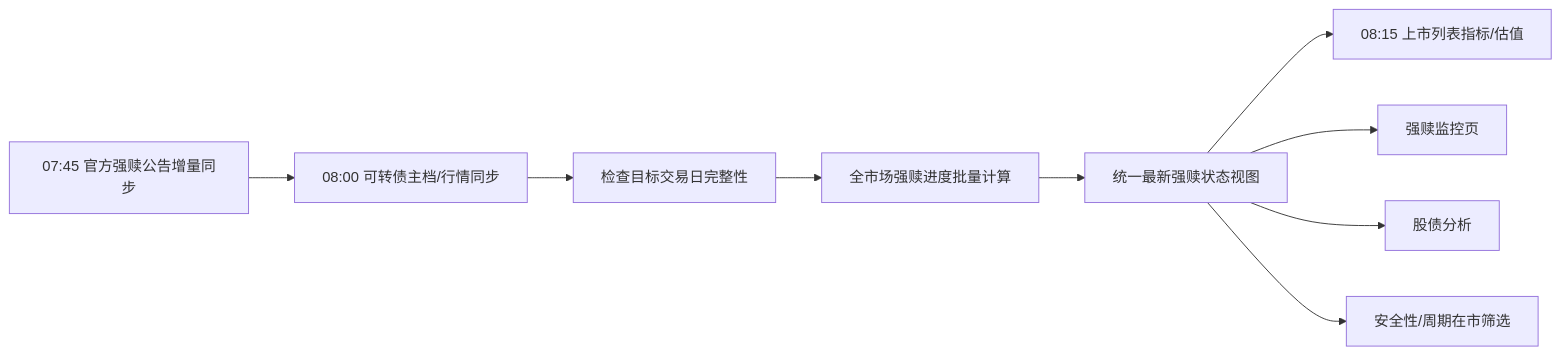
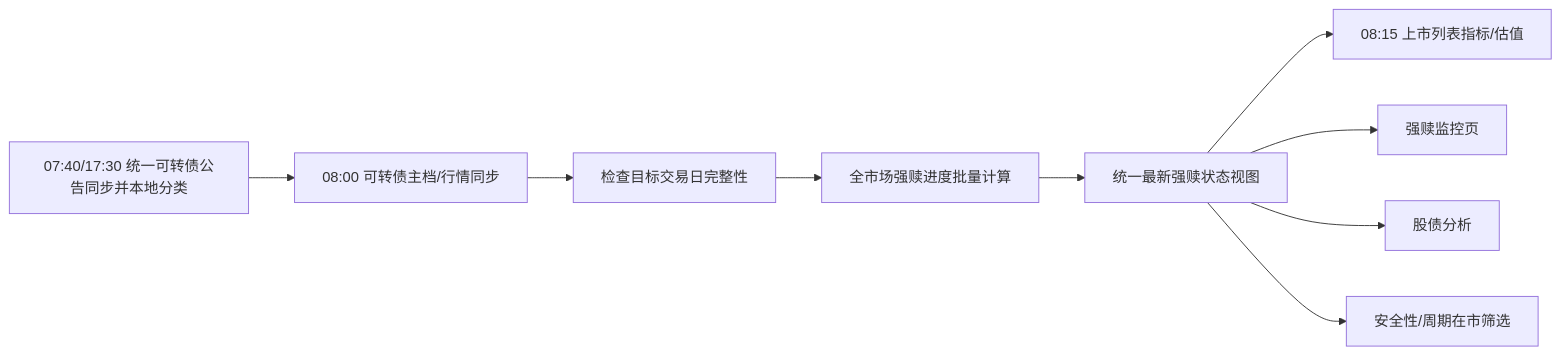
The diagram in docs/可转债强赎监控页面_设计方案.md (321being123/chichanggenzong), drawn with Mermaid before and after one commit. The commit also changed other lines of this file and 27 other files, not shown here.

````diff
--- a/docs/可转债强赎监控页面_设计方案.md
+++ b/docs/可转债强赎监控页面_设计方案.md
@@ -277,11 +277,11 @@
 ```mermaid
 flowchart LR
-  C[07:45 官方强赎公告增量同步] --> A[08:00 可转债主档/行情同步]
+  C[07:40/17:30 统一可转债公告同步并本地分类] --> A[08:00 可转债主档/行情同步]
   A --> B[检查目标交易日完整性]
   B --> D[全市场强赎进度批量计算]
   D --> R[统一最新强赎状态视图]
   R --> E[08:15 上市列表指标/估值]
   R --> F[强赎监控页]
   R --> G[股债分析]
   R --> H[安全性/周期在市筛选]
 ```
````
